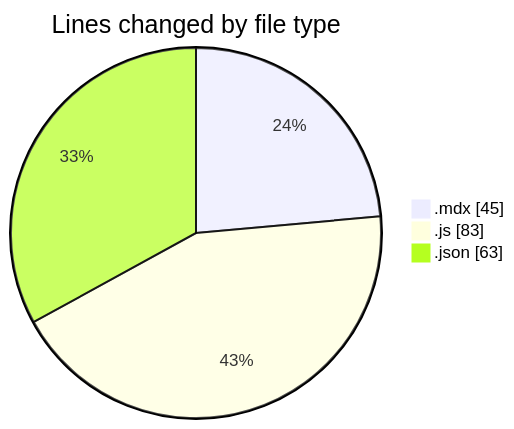
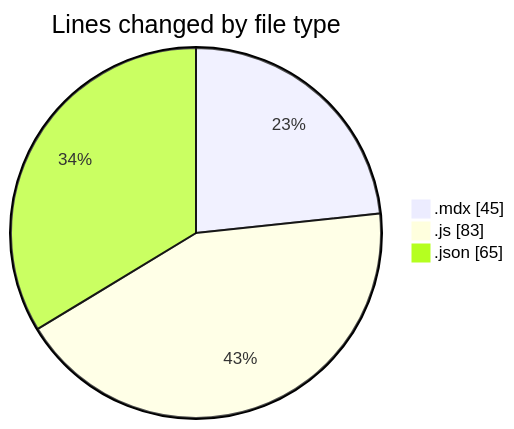
One commit to momahboobian/code-tracking changed the first of 2 diagrams in 2026-08-13/cda/README.md. Above: the diagram before and after it, drawn with Mermaid. The commit also changed other lines of this file and 1 other file, not shown here.

````diff
--- a/2026-08-13/cda/README.md
+++ b/2026-08-13/cda/README.md
@@ -22,7 +23,7 @@
 ```mermaid
 pie showData
 title Lines changed by file type
 ".mdx" : 45
 ".js" : 83
-".json" : 63
+".json" : 65
 ```
````
